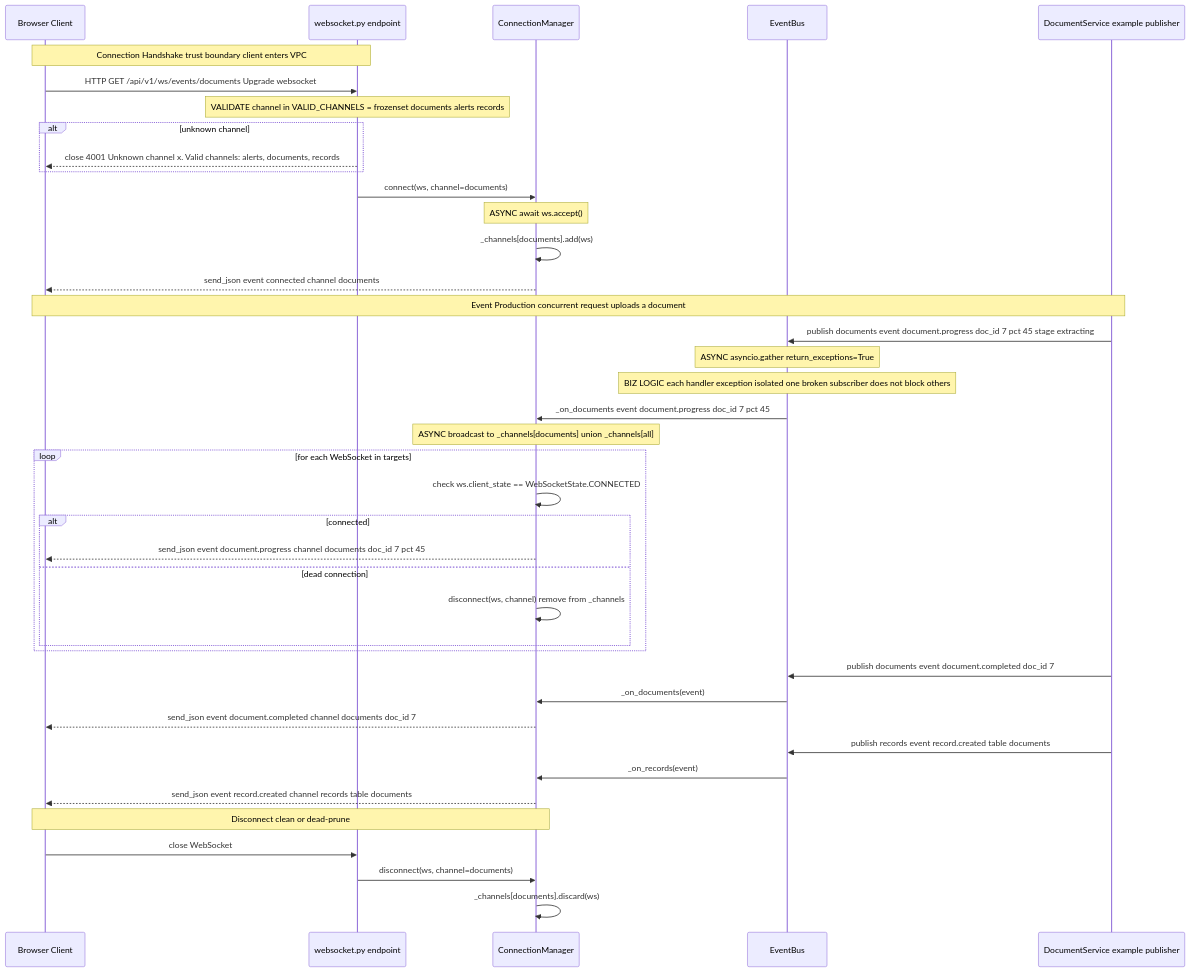
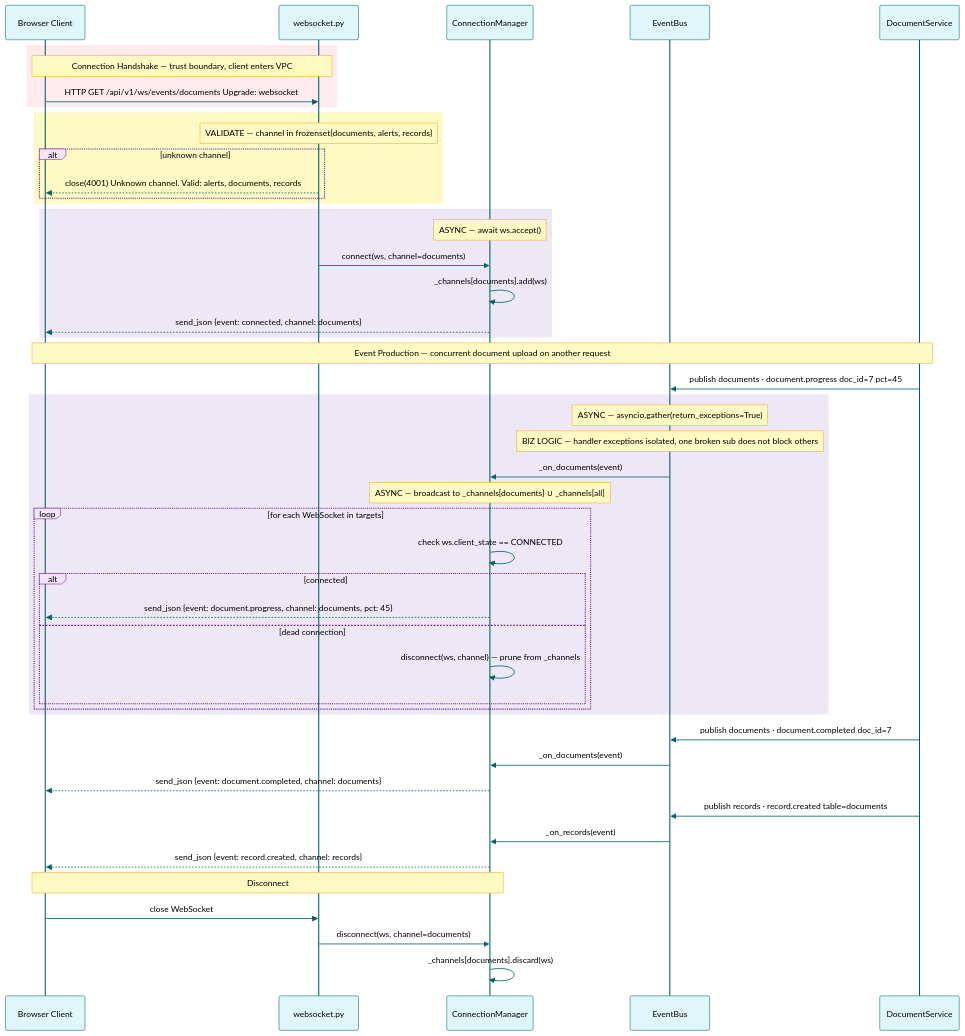
The third of 5 diagrams in docs/diagram-requirements.md (EsraaRMashaal/dataisource-takehome), drawn with Mermaid before and after one commit. The commit also changed other lines of this file and 2 other files, not shown here.

````diff
--- a/docs/diagram-requirements.md
+++ b/docs/diagram-requirements.md
@@ -244,56 +261,60 @@
 ```mermaid
+%%{init: {'theme': 'base', 'themeVariables': {'actorBkg': '#E0F7FA', 'actorBorder': '#006064', 'actorTextColor': '#000000', 'signalColor': '#006064', 'signalTextColor': '#000000', 'noteBkgColor': '#FFF9C4', 'noteTextColor': '#000000', 'noteBorderColor': '#F9A825', 'labelBoxBkgColor': '#F3E5F5', 'labelBoxBorderColor': '#6A1B9A', 'activationBkgColor': '#B2EBF2', 'activationBorderColor': '#006064'}}}%%
 sequenceDiagram
     participant C   as Browser Client
-    participant EP  as websocket.py endpoint
+    participant EP  as websocket.py
     participant CM  as ConnectionManager
     participant EB  as EventBus
-    participant DS  as DocumentService example publisher
+    participant DS  as DocumentService
 
-    Note over C,EP: Connection Handshake  trust boundary client enters VPC
-
-    C->>EP: HTTP GET /api/v1/ws/events/documents  Upgrade websocket
-
-    Note over EP: VALIDATE channel in VALID_CHANNELS = frozenset documents alerts records
-
-    alt unknown channel
-        EP-->>C: close 4001 Unknown channel x. Valid channels: alerts, documents, records
+    rect rgb(255, 235, 238)
+        Note over C,EP: Connection Handshake — trust boundary, client enters VPC
+        C->>EP: HTTP GET /api/v1/ws/events/documents  Upgrade: websocket
     end
 
-    EP->>CM: connect(ws, channel=documents)
-    Note over CM: ASYNC await ws.accept()
-    CM->>CM: _channels[documents].add(ws)
-    CM-->>C: send_json event connected channel documents
-
-    Note over C,DS: Event Production  concurrent request uploads a document
-
-    DS->>EB: publish documents event document.progress doc_id 7 pct 45 stage extracting
-
-    Note over EB: ASYNC asyncio.gather return_exceptions=True
-    Note over EB: BIZ LOGIC each handler exception isolated one broken subscriber does not block others
-
-    EB->>CM: _on_documents event document.progress doc_id 7 pct 45
-
-    Note over CM: ASYNC broadcast to _channels[documents] union _channels[all]
-
-    loop for each WebSocket in targets
-        CM->>CM: check ws.client_state == WebSocketState.CONNECTED
-        alt connected
-            CM-->>C: send_json event document.progress channel documents doc_id 7 pct 45
-        else dead connection
-            CM->>CM: disconnect(ws, channel) remove from _channels
+    rect rgb(255, 249, 196)
+        Note over EP: VALIDATE — channel in frozenset{documents, alerts, records}
+        alt unknown channel
+            EP-->>C: close(4001) Unknown channel. Valid: alerts, documents, records
         end
     end
 
-    DS->>EB: publish documents event document.completed doc_id 7
+    rect rgb(237, 231, 246)
+        Note over CM: ASYNC — await ws.accept()
+        EP->>CM: connect(ws, channel=documents)
+        CM->>CM: _channels[documents].add(ws)
+        CM-->>C: send_json {event: connected, channel: documents}
+    end
+
+    Note over C,DS: Event Production — concurrent document upload on another request
+
+    DS->>EB: publish documents · document.progress doc_id=7 pct=45
+
+    rect rgb(237, 231, 246)
+        Note over EB: ASYNC — asyncio.gather(return_exceptions=True)
+        Note over EB: BIZ LOGIC — handler exceptions isolated, one broken sub does not block others
+        EB->>CM: _on_documents(event)
+        Note over CM: ASYNC — broadcast to _channels[documents] ∪ _channels[all]
+        loop for each WebSocket in targets
+            CM->>CM: check ws.client_state == CONNECTED
+            alt connected
+                CM-->>C: send_json {event: document.progress, channel: documents, pct: 45}
+            else dead connection
+                CM->>CM: disconnect(ws, channel) — prune from _channels
+            end
+        end
+    end
+
+    DS->>EB: publish documents · document.completed doc_id=7
     EB->>CM: _on_documents(event)
-    CM-->>C: send_json event document.completed channel documents doc_id 7
+    CM-->>C: send_json {event: document.completed, channel: documents}
 
-    DS->>EB: publish records event record.created table documents
+    DS->>EB: publish records · record.created table=documents
     EB->>CM: _on_records(event)
-    CM-->>C: send_json event record.created channel records table documents
+    CM-->>C: send_json {event: record.created, channel: records}
 
-    Note over C,CM: Disconnect clean or dead-prune
+    Note over C,CM: Disconnect
     C->>EP: close WebSocket
     EP->>CM: disconnect(ws, channel=documents)
     CM->>CM: _channels[documents].discard(ws)
 ```
````
